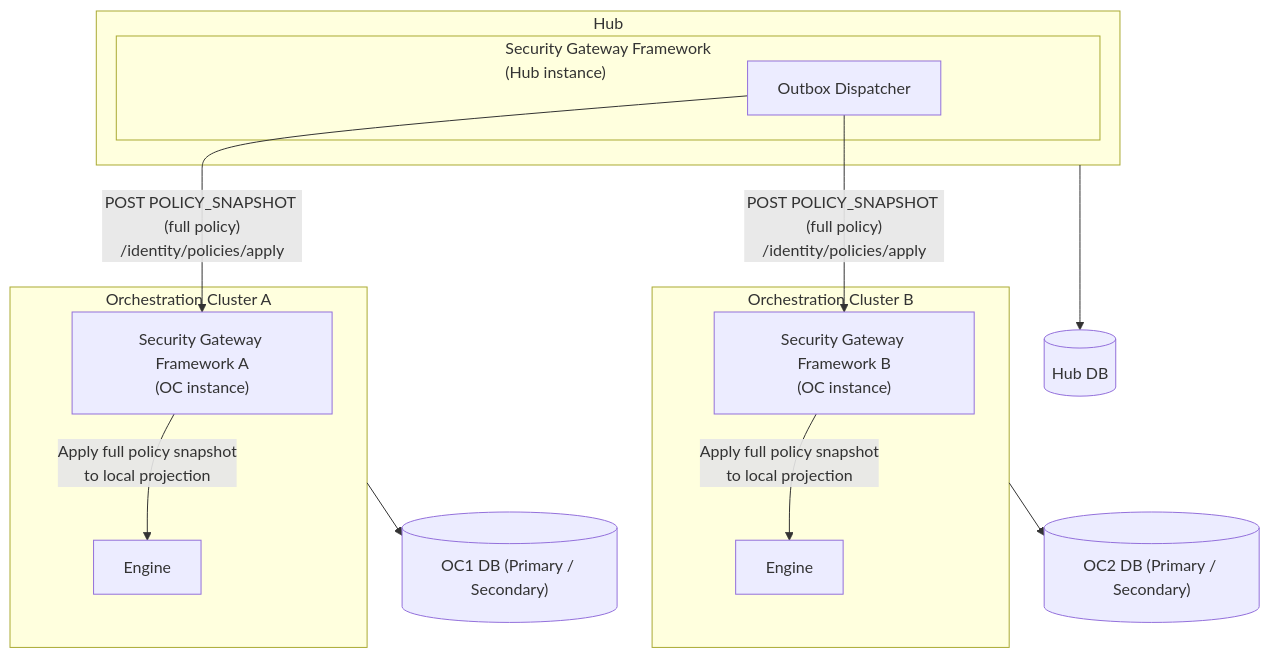
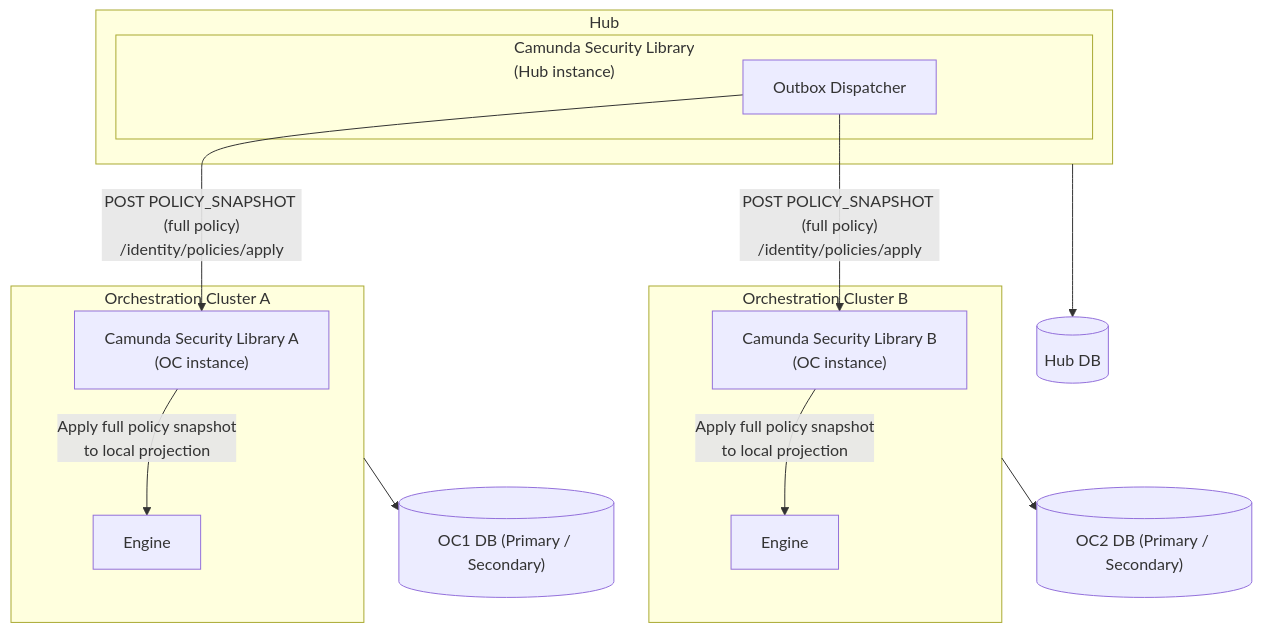
The seventh of 22 diagrams in docs/architecture_docs.md (camunda/camunda-security-library), drawn with Mermaid before and after one commit. The commit also changed other lines of this file and 6 other files, not shown here.

````diff
--- a/docs/architecture_docs.md
+++ b/docs/architecture_docs.md
@@ -710,34 +708,34 @@
 ```mermaid
 flowchart TB
   subgraph Hub["Hub"]
-    subgraph subHubLib["Security Gateway Framework</br>(Hub instance)"]
+    subgraph subHubLib["Camunda Security Library</br>(Hub instance)"]
       Dispatcher["Outbox Dispatcher"]
     end
   end
 
   HubDB[("Hub DB")]
 
   subgraph OC1["Orchestration Cluster A"]
-    OC1Lib["Security Gateway Framework A</br>(OC instance)"]
+    OC1Lib["Camunda Security Library A</br>(OC instance)"]
     Engine1["Engine"]
   end
 
   OC1DB[("OC1 DB (Primary / Secondary)")]
   OC2DB[("OC2 DB (Primary / Secondary)")]
 
   subgraph OC2["Orchestration Cluster B"]
-    OC2Lib["Security Gateway Framework B</br>(OC instance)"]
+    OC2Lib["Camunda Security Library B</br>(OC instance)"]
     Engine2["Engine"]
   end
 
   Hub --> HubDB
   OC1 --> OC1DB
   OC2 --> OC2DB
 
 %% Dispatch path
   Dispatcher -->|"POST POLICY_SNAPSHOT (full policy)</br>/identity/policies/apply"| OC1Lib & OC2Lib
 
 %% Apply on OC side
   OC1Lib -->|"Apply full policy snapshot</br>to local projection"| Engine1
   OC2Lib -->|"Apply full policy snapshot</br>to local projection"| Engine2
 ```
````
